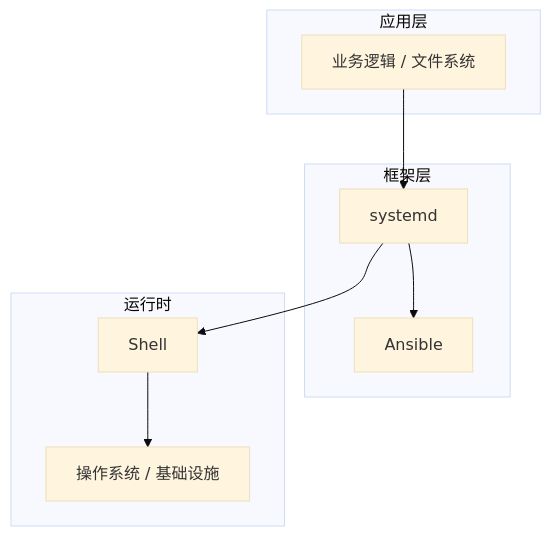
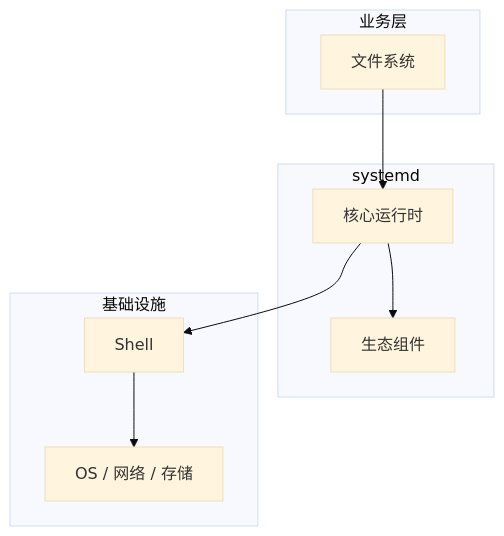
One commit to yanggan2015/knowledge-json-v2 changed the diagram in articles/Linux运维/chapters/055-文件系统核心概念与原理.md. Above: the diagram before and after it, drawn with Mermaid (base theme). The commit also changed other lines of this file and 10127 other files, not shown here.

````diff
--- a/articles/Linux运维/chapters/055-文件系统核心概念与原理.md
+++ b/articles/Linux运维/chapters/055-文件系统核心概念与原理.md
@@ -45,18 +34,18 @@
 ```mermaid
 graph TB
-    subgraph 应用层
-        A[业务逻辑 / 文件系统]
+    subgraph 业务层
+        A[文件系统]
     end
-    subgraph 框架层
-        B[systemd]
-        C[Ansible]
+    subgraph systemd
+        B[核心运行时]
+        C[生态组件]
     end
-    subgraph 运行时
+    subgraph 基础设施
         D[Shell]
-        E[操作系统 / 基础设施]
+        E[OS / 网络 / 存储]
     end
     A --> B
     B --> C
     B --> D
     D --> E
 ```
````
